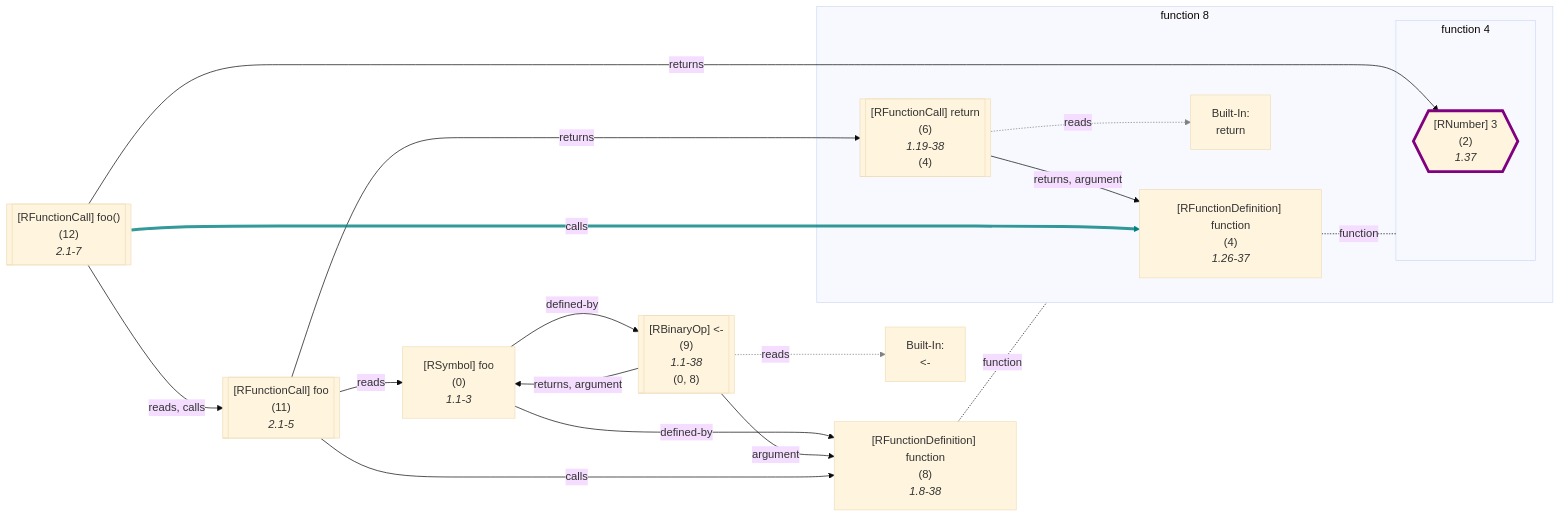
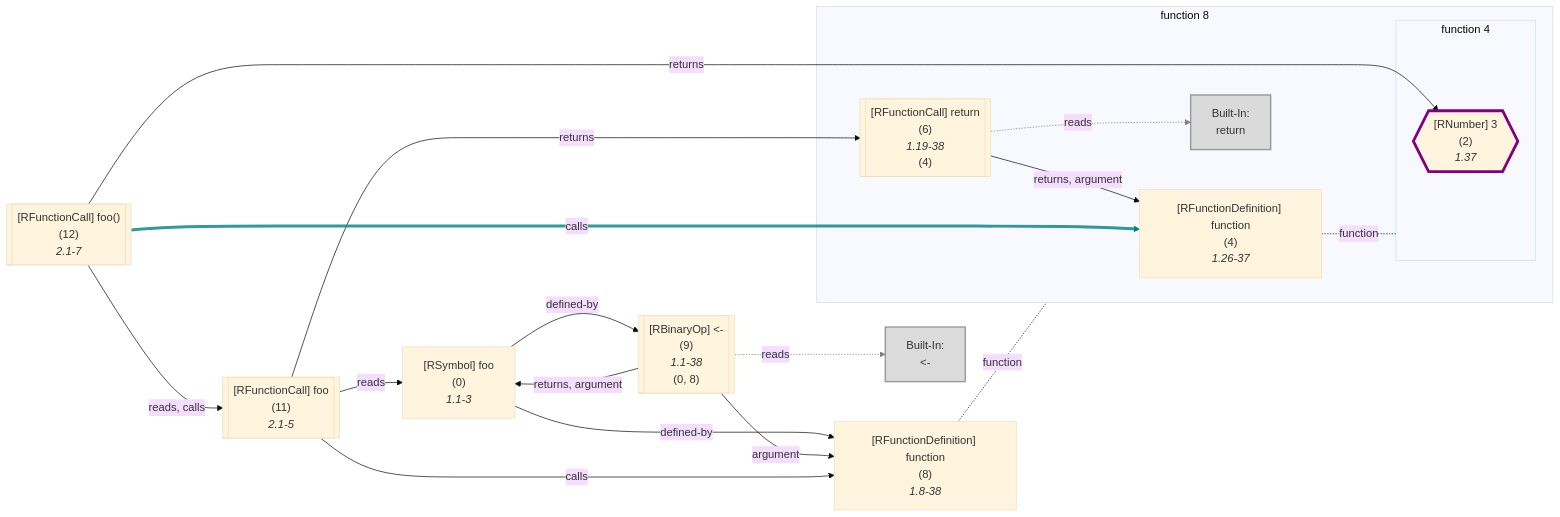
One commit to flowr-analysis/flowr changed diagram 16 of 48 in wiki/Dataflow Graph.md. Above: the diagram before and after it, drawn with Mermaid (base theme). The commit also changed other lines of this file and 4 other files, not shown here.

````diff
--- a/wiki/Dataflow Graph.md
+++ b/wiki/Dataflow Graph.md
@@ -2414,72 +2467,74 @@
 ```mermaid
 flowchart LR
     8["`#91;RFunctionDefinition#93; function
       (8)
       *1.8-38*`"]
 
 subgraph "flow-8" [function 8]
     %% Environment of 4 [level: 1]:
     %% Built-in
     %% 282----------------------------------------
     %% 283----------------------------------------
     4["`#91;RFunctionDefinition#93; function
       (4)
       *1.26-37*`"]
 
 subgraph "flow-4" [function 4]
     2{{"`#91;RNumber#93; 3
       (2)
       *1.37*`"}}
     style 2 stroke:purple,stroke-width:4px; 
 end
     6[["`#91;RFunctionCall#93; return
       (6)
       *1.19-38*
     (4)`"]]
     built-in:return["`Built-In:
 return`"]
+    style built-in:return stroke:gray,fill:lightgray,stroke-width:2px,opacity:.8;
 end
     0["`#91;RSymbol#93; foo
       (0)
       *1.1-3*`"]
     9[["`#91;RBinaryOp#93; #60;#45;
       (9)
       *1.1-38*
     (0, 8)`"]]
     built-in:_-["`Built-In:
 #60;#45;`"]
+    style built-in:_- stroke:gray,fill:lightgray,stroke-width:2px,opacity:.8;
     %% Environment of 11 [level: 0]:
     %% Built-in
     %% 302----------------------------------------
     %%   foo: {**foo** (id: 0, type: Function, def. @9)}
     11[["`#91;RFunctionCall#93; foo
       (11)
       *2.1-5*`"]]
     %% Environment of 12 [level: 0]:
     %% Built-in
     %% 303----------------------------------------
     %%   foo: {**foo** (id: 0, type: Function, def. @9)}
     12[["`#91;RFunctionCall#93; foo()
       (12)
       *2.1-7*`"]]
 4 -.-|function| flow-4
 
     6 -->|"returns, argument"| 4
     6 -.->|"reads"| built-in:return
     linkStyle 2 stroke:gray;
 8 -.-|function| flow-8
 
     0 -->|"defined-by"| 8
     0 -->|"defined-by"| 9
     9 -->|"argument"| 8
     9 -->|"returns, argument"| 0
     9 -.->|"reads"| built-in:_-
     linkStyle 8 stroke:gray;
     11 -->|"reads"| 0
     11 -->|"returns"| 6
     11 -->|"calls"| 8
     12 -->|"reads, calls"| 11
     12 -->|"returns"| 2
     12 -->|"calls"| 4
     linkStyle 14 stroke:teal,stroke-width:4.2px,stroke-opacity:.8
 ```
````
